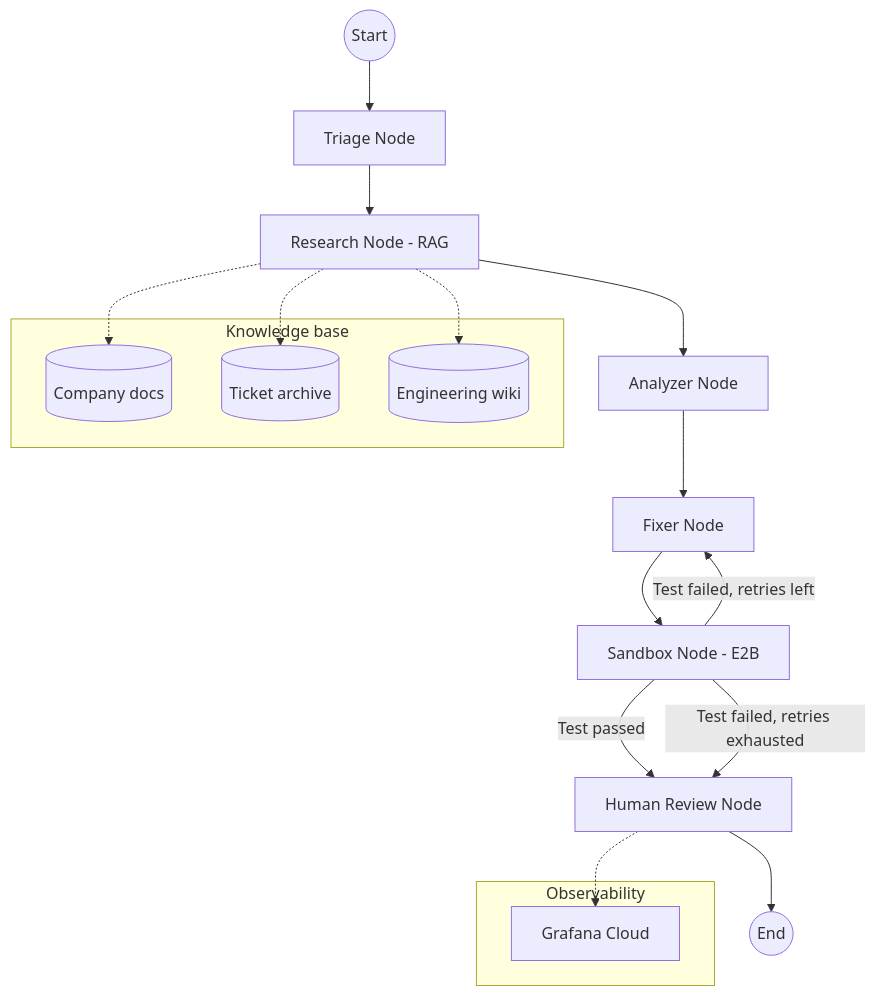
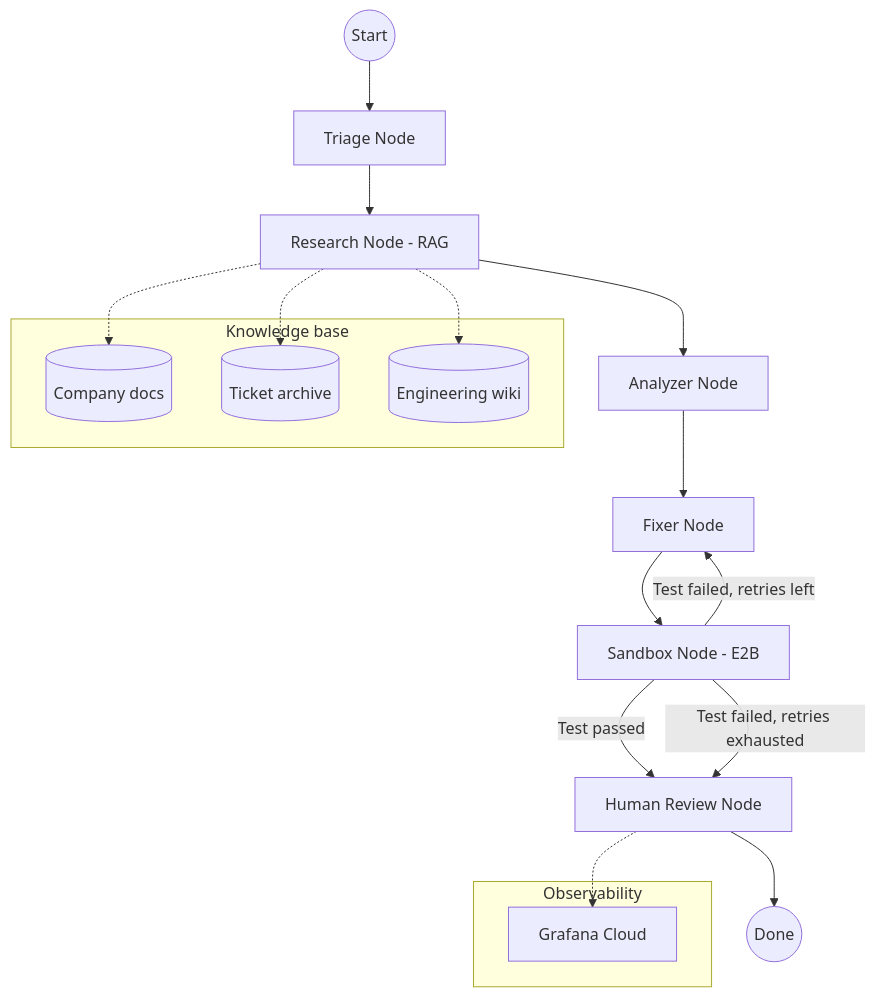
One commit to MuhammadAbbas01/Self_Healing_Customer_support_agent changed the first of 3 diagrams in README.md. Above: the diagram before and after it, drawn with Mermaid.

Commit message:
Fix Mermaid render error: END is a reserved keyword in Mermaid flowcharts, renamed to FINISH

````diff
--- a/README.md
+++ b/README.md
@@ -27,28 +27,28 @@
 ```mermaid
 graph TD
     START((Start)) --> TRIAGE[Triage Node]
     TRIAGE --> RESEARCH[Research Node - RAG]
     RESEARCH --> ANALYZER[Analyzer Node]
     ANALYZER --> FIXER[Fixer Node]
     FIXER --> SANDBOX[Sandbox Node - E2B]
     SANDBOX -- "Test passed" --> HUMAN_REVIEW[Human Review Node]
     SANDBOX -- "Test failed, retries left" --> FIXER
     SANDBOX -- "Test failed, retries exhausted" --> HUMAN_REVIEW
-    HUMAN_REVIEW --> END((End))
+    HUMAN_REVIEW --> FINISH((Done))
 
     subgraph "Knowledge base"
         DOCS[(Company docs)]
         TICKETS[(Ticket archive)]
         WIKI[(Engineering wiki)]
     end
 
     RESEARCH -.-> DOCS
     RESEARCH -.-> TICKETS
     RESEARCH -.-> WIKI
 
     subgraph "Observability"
         GRAFANA[Grafana Cloud]
     end
 
     HUMAN_REVIEW -.-> GRAFANA
 ```
````
